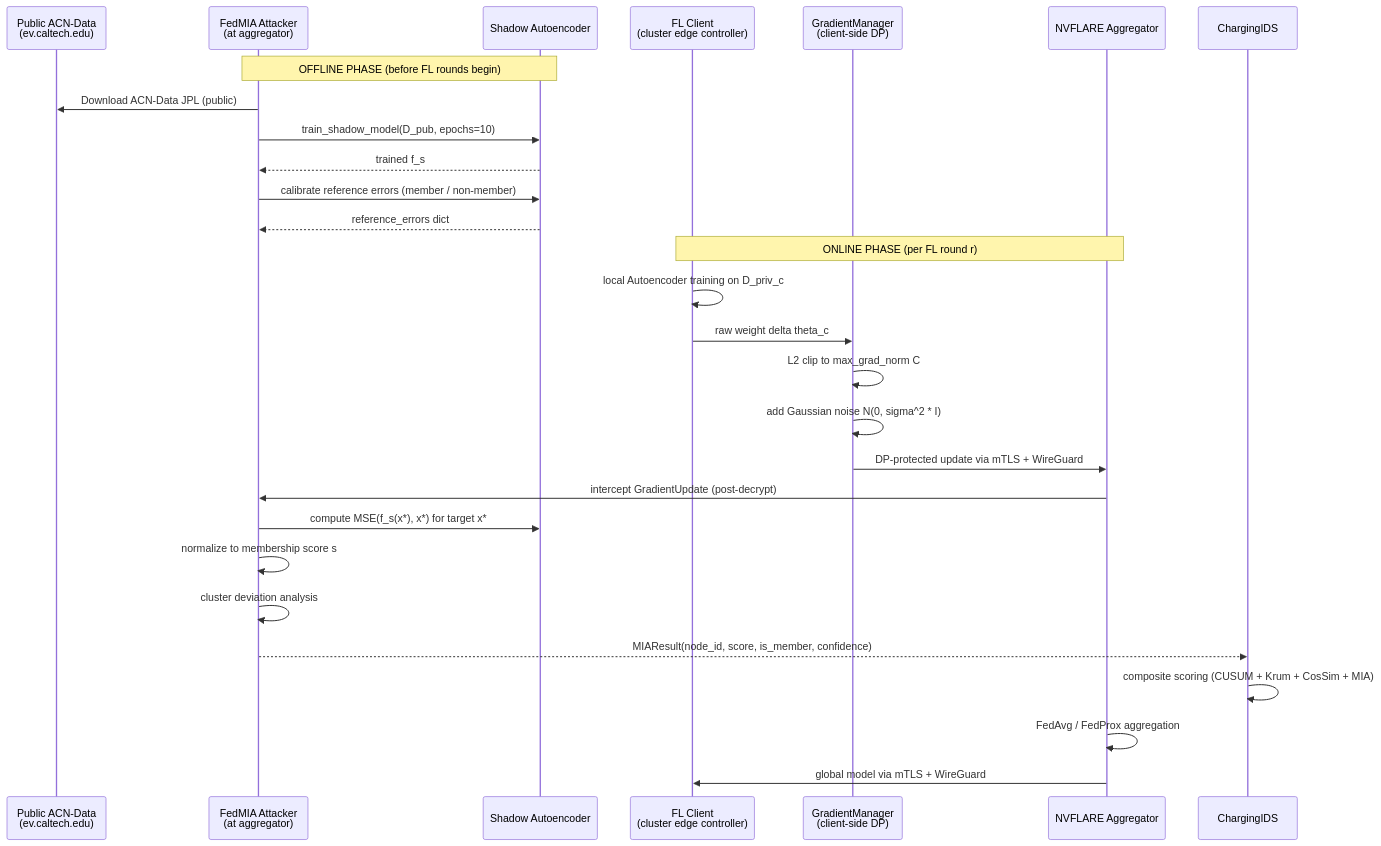
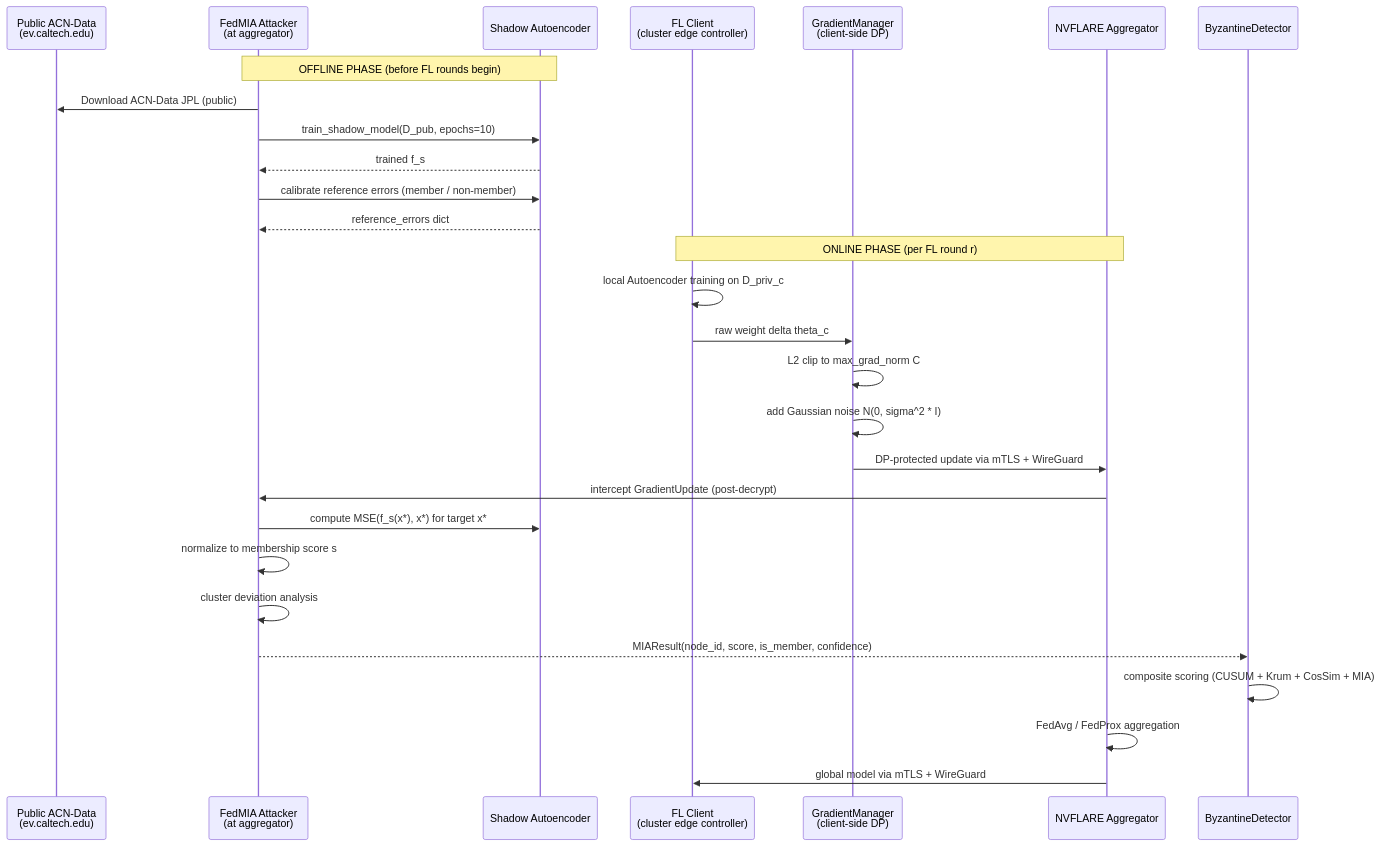
Before and after one commit to susetta85/ChargeShield-FL: the second of 2 diagrams in docs/ThreatModel.md, drawn with Mermaid. The commit also changed other lines of this file and 80 other files, not shown here.

First line of the commit message:
Campagna paper completa (task #52) + fix pseudo-replicazione + rename ByzantineDetector

````diff
--- a/docs/ThreatModel.md
+++ b/docs/ThreatModel.md
@@ -479,32 +611,32 @@
 ```mermaid
 sequenceDiagram
     participant PUB as Public ACN-Data<br/>(ev.caltech.edu)
     participant ATK as FedMIA Attacker<br/>(at aggregator)
     participant SHADOW as Shadow Autoencoder
     participant C as FL Client<br/>(cluster edge controller)
     participant GM as GradientManager<br/>(client-side DP)
     participant AGG as NVFLARE Aggregator
-    participant IDS as ChargingIDS
+    participant IDS as ByzantineDetector
 
     Note over ATK,SHADOW: OFFLINE PHASE (before FL rounds begin)
     ATK->>PUB: Download ACN-Data JPL (public)
     ATK->>SHADOW: train_shadow_model(D_pub, epochs=10)
     SHADOW-->>ATK: trained f_s
     ATK->>SHADOW: calibrate reference errors (member / non-member)
     SHADOW-->>ATK: reference_errors dict
 
     Note over C,AGG: ONLINE PHASE (per FL round r)
     C->>C: local Autoencoder training on D_priv_c
     C->>GM: raw weight delta theta_c
     GM->>GM: L2 clip to max_grad_norm C
     GM->>GM: add Gaussian noise N(0, sigma^2 * I)
     GM->>AGG: DP-protected update via mTLS + WireGuard
     AGG->>ATK: intercept GradientUpdate (post-decrypt)
     ATK->>SHADOW: compute MSE(f_s(x*), x*) for target x*
     ATK->>ATK: normalize to membership score s
     ATK->>ATK: cluster deviation analysis
     ATK-->>IDS: MIAResult(node_id, score, is_member, confidence)
     IDS->>IDS: composite scoring (CUSUM + Krum + CosSim + MIA)
     AGG->>AGG: FedAvg / FedProx aggregation
     AGG->>C: global model via mTLS + WireGuard
 ```
````
